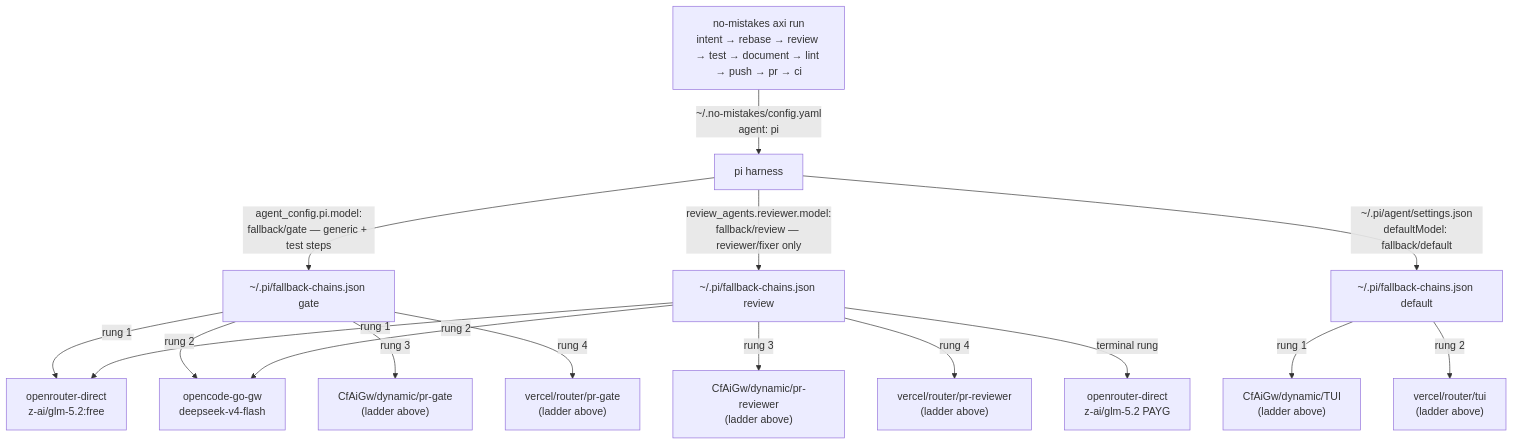
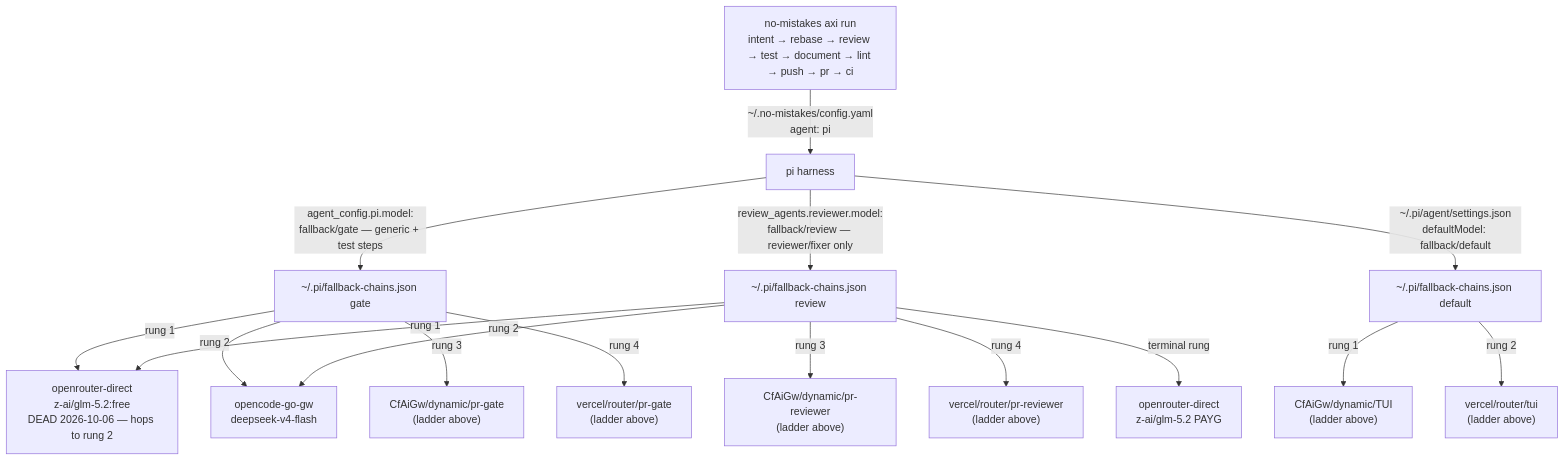
One commit to phillias/dotfiles changed diagram 17 of 17 in dot_agents/skills/provider-catalog/references/ROUTING_TOPOLOGY.md. Above: the diagram before and after it, drawn with Mermaid. The commit also changed other lines of this file and 3 other files, not shown here.

First line of the commit message:
fix(routing): openrouter z-ai/glm-5.2:free lane died upstream — pull dead head

````diff
--- a/dot_agents/skills/provider-catalog/references/ROUTING_TOPOLOGY.md
+++ b/dot_agents/skills/provider-catalog/references/ROUTING_TOPOLOGY.md
@@ -181,18 +181,18 @@
 ```mermaid
 flowchart TD
     nm["no-mistakes axi run<br/>intent → rebase → review → test → document → lint → push → pr → ci"] -->|"~/.no-mistakes/config.yaml<br/>agent: pi"| pi[pi harness]
     pi -->|"agent_config.pi.model:<br/>fallback/gate — generic + test steps"| GATE["~/.pi/fallback-chains.json gate"]
     pi -->|"review_agents.reviewer.model:<br/>fallback/review — reviewer/fixer only"| REV["~/.pi/fallback-chains.json review"]
     pi -->|"~/.pi/agent/settings.json<br/>defaultModel: fallback/default"| DEF["~/.pi/fallback-chains.json default"]
-    GATE -->|"rung 1"| orglm["openrouter-direct<br/>z-ai/glm-5.2:free"]
+    GATE -->|"rung 1"| orglm["openrouter-direct<br/>z-ai/glm-5.2:free<br/>DEAD 2026-10-06 — hops to rung 2"]
     GATE -->|"rung 2"| ogw["opencode-go-gw<br/>deepseek-v4-flash"]
     GATE -->|"rung 3"| pg["CfAiGw/dynamic/pr-gate<br/>(ladder above)"]
     GATE -->|"rung 4"| vpg["vercel/router/pr-gate<br/>(ladder above)"]
     REV -->|"rung 1"| orglm
     REV -->|"rung 2"| ogw
     REV -->|"rung 3"| prr["CfAiGw/dynamic/pr-reviewer<br/>(ladder above)"]
     REV -->|"rung 4"| vprr["vercel/router/pr-reviewer<br/>(ladder above)"]
     REV -->|"terminal rung"| payg["openrouter-direct<br/>z-ai/glm-5.2 PAYG"]
     DEF -->|"rung 1"| tui["CfAiGw/dynamic/TUI<br/>(ladder above)"]
     DEF -->|"rung 2"| vtui["vercel/router/tui<br/>(ladder above)"]
 ```
````
